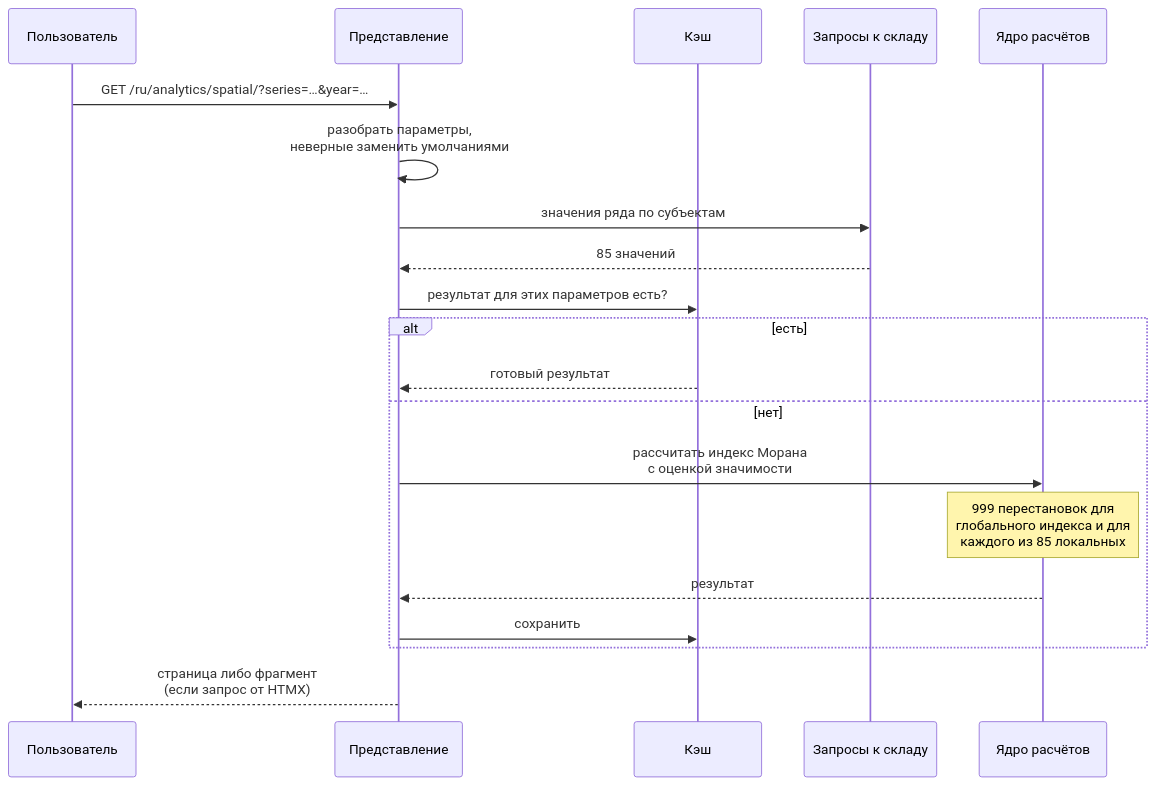
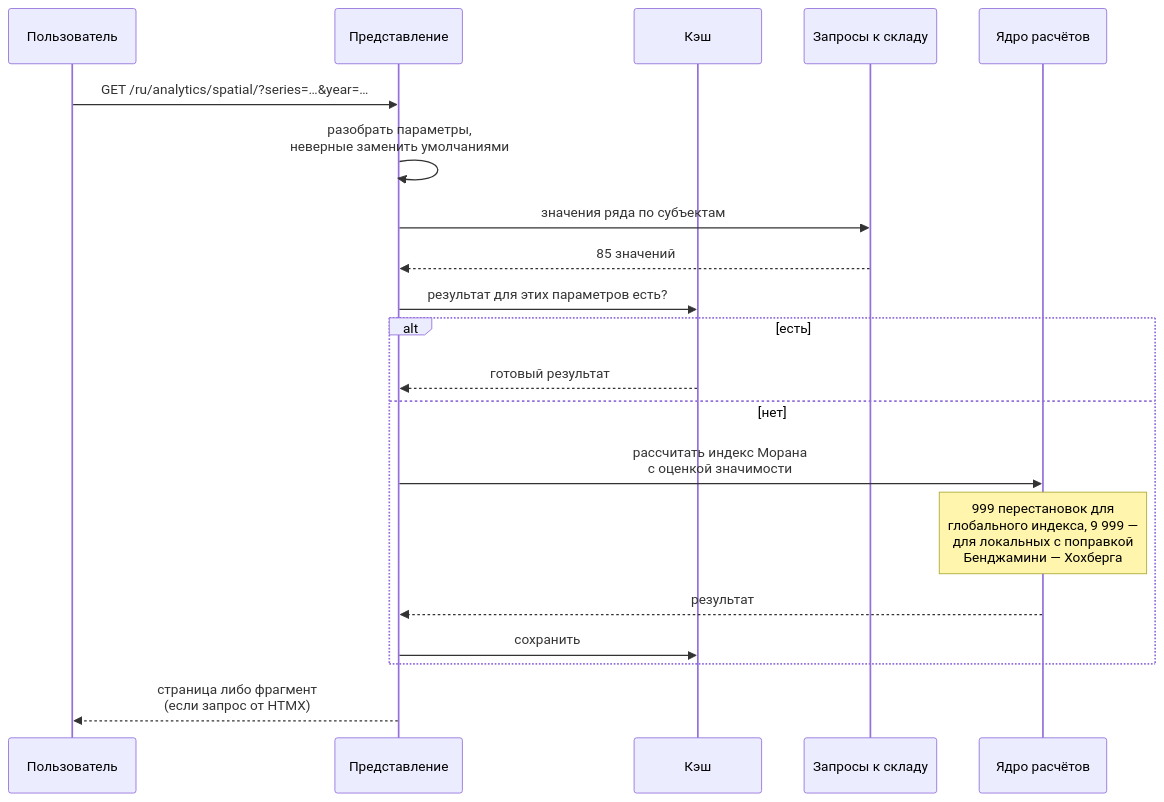
One commit to ht2473/RegionLens_v2 changed the sixth of 8 diagrams in docs/ARCHITECTURE.md. Above: the diagram before and after it, drawn with Mermaid. The commit also changed other lines of this file and 2 other files, not shown here.

Commit message:
Документация: поправка для локальных индексов и анализ сумм

````diff
--- a/docs/ARCHITECTURE.md
+++ b/docs/ARCHITECTURE.md
@@ -330,23 +330,23 @@
 ```mermaid
 sequenceDiagram
     participant U as Пользователь
     participant V as Представление
     participant K as Кэш
     participant Q as Запросы к складу
     participant C as Ядро расчётов
 
     U->>V: GET /ru/analytics/spatial/?series=…&year=…
     V->>V: разобрать параметры,<br/>неверные заменить умолчаниями
     V->>Q: значения ряда по субъектам
     Q-->>V: 85 значений
     V->>K: результат для этих параметров есть?
     alt есть
         K-->>V: готовый результат
     else нет
         V->>C: рассчитать индекс Морана<br/>с оценкой значимости
-        Note over C: 999 перестановок для<br/>глобального индекса и для<br/>каждого из 85 локальных
+        Note over C: 999 перестановок для<br/>глобального индекса, 9 999 —<br/>для локальных с поправкой<br/>Бенджамини — Хохберга
         C-->>V: результат
         V->>K: сохранить
     end
     V-->>U: страница либо фрагмент<br/>(если запрос от HTMX)
 ```
````
